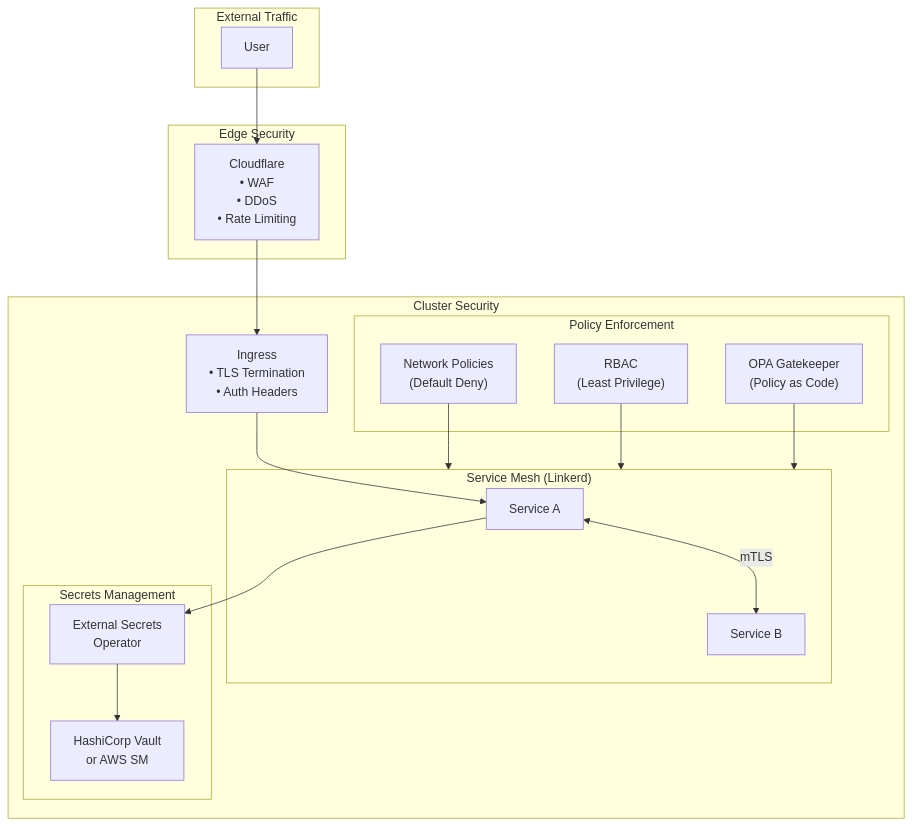
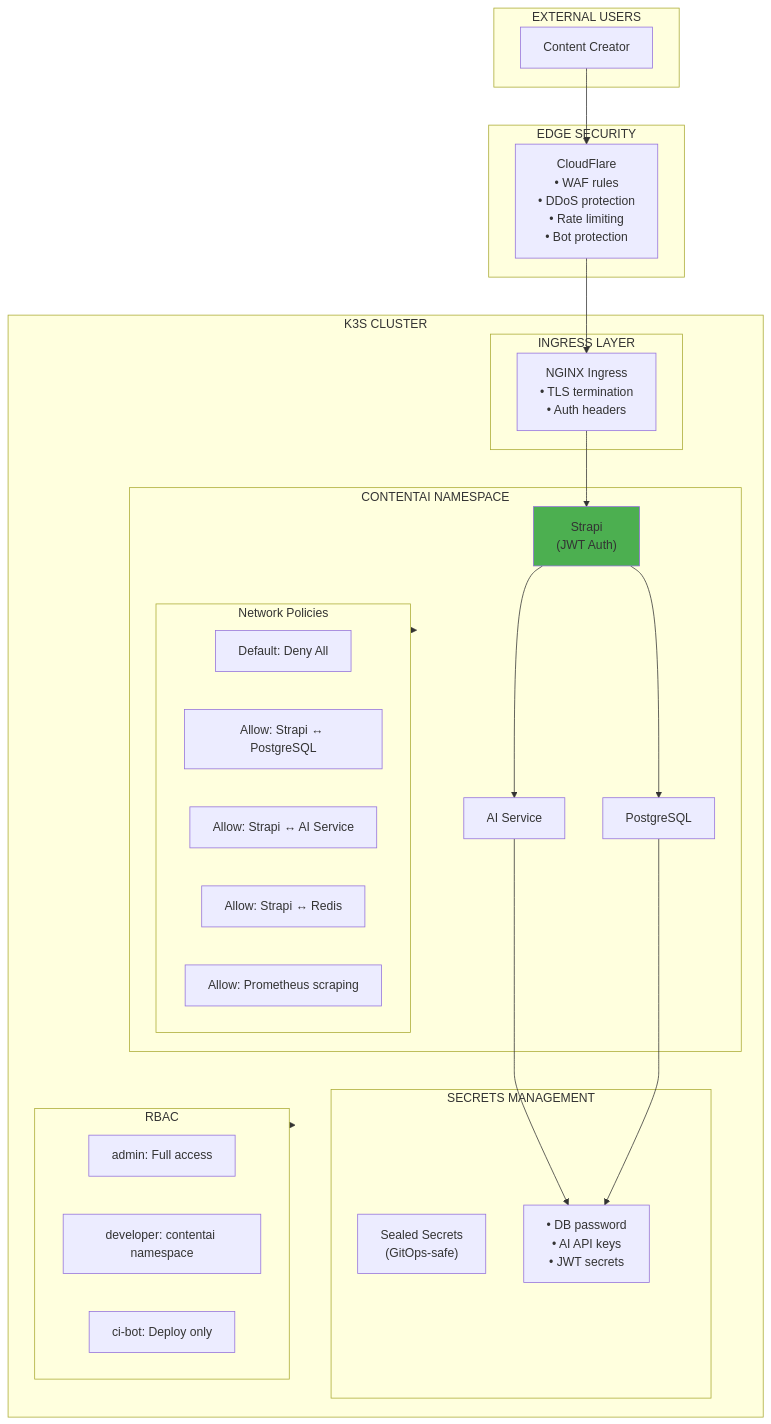
One commit to PearlThoughtsInternship/Internship-Obsidian-Vault changed the seventh of 9 diagrams in DevOps/01-Product/04-Target-Architecture.md. Above: the diagram before and after it, drawn with Mermaid. The commit also changed other lines of this file and 1 other file, not shown here.

First line of the commit message:
Rewrite Capabilities and Target Architecture with ContentAI focus

````diff
--- a/DevOps/01-Product/04-Target-Architecture.md
+++ b/DevOps/01-Product/04-Target-Architecture.md
@@ -254,40 +329,49 @@
 ```mermaid
 flowchart TB
-    subgraph External["External Traffic"]
-        User["User"]
+    subgraph External["EXTERNAL USERS"]
+        User["Content Creator"]
     end
 
-    subgraph Edge["Edge Security"]
-        CF["Cloudflare\n• WAF\n• DDoS\n• Rate Limiting"]
+    subgraph Edge["EDGE SECURITY"]
+        CF["CloudFlare\n• WAF rules\n• DDoS protection\n• Rate limiting\n• Bot protection"]
     end
 
-    subgraph Cluster["Cluster Security"]
-        ING["Ingress\n• TLS Termination\n• Auth Headers"]
-
-        subgraph Mesh["Service Mesh (Linkerd)"]
-            SVC1["Service A"]
-            SVC2["Service B"]
+    subgraph Cluster["K3S CLUSTER"]
+        subgraph Ingress["INGRESS LAYER"]
+            ING["NGINX Ingress\n• TLS termination\n• Auth headers"]
         end
 
-        subgraph Secrets["Secrets Management"]
-            ESO["External Secrets\nOperator"]
-            VAULT["HashiCorp Vault\nor AWS SM"]
+        subgraph ContentAI["CONTENTAI NAMESPACE"]
+            subgraph NetPol["Network Policies"]
+                NP1["Default: Deny All"]
+                NP2["Allow: Strapi ↔ PostgreSQL"]
+                NP3["Allow: Strapi ↔ AI Service"]
+                NP4["Allow: Strapi ↔ Redis"]
+                NP5["Allow: Prometheus scraping"]
+            end
+
+            Strapi["Strapi\n(JWT Auth)"]
+            AI["AI Service"]
+            PG["PostgreSQL"]
         end
 
-        subgraph Policies["Policy Enforcement"]
-            NP["Network Policies\n(Default Deny)"]
-            RBAC["RBAC\n(Least Privilege)"]
-            OPA["OPA Gatekeeper\n(Policy as Code)"]
+        subgraph Secrets["SECRETS MANAGEMENT"]
+            Sealed["Sealed Secrets\n(GitOps-safe)"]
+            Keys["• DB password\n• AI API keys\n• JWT secrets"]
+        end
+
+        subgraph RBAC["RBAC"]
+            R1["admin: Full access"]
+            R2["developer: contentai namespace"]
+            R3["ci-bot: Deploy only"]
         end
     end
 
-    User --> CF
-    CF --> ING
-    ING --> SVC1
-    SVC1 <-->|mTLS| SVC2
-    SVC1 --> ESO
-    ESO --> VAULT
-    NP --> Mesh
-    RBAC --> Mesh
-    OPA --> Mesh
+    User --> CF --> ING --> Strapi
+    Strapi --> AI --> Keys
+    Strapi --> PG --> Keys
+    NetPol --> ContentAI
+    RBAC --> Cluster
+
+    style Strapi fill:#4CAF50
 ```
````
